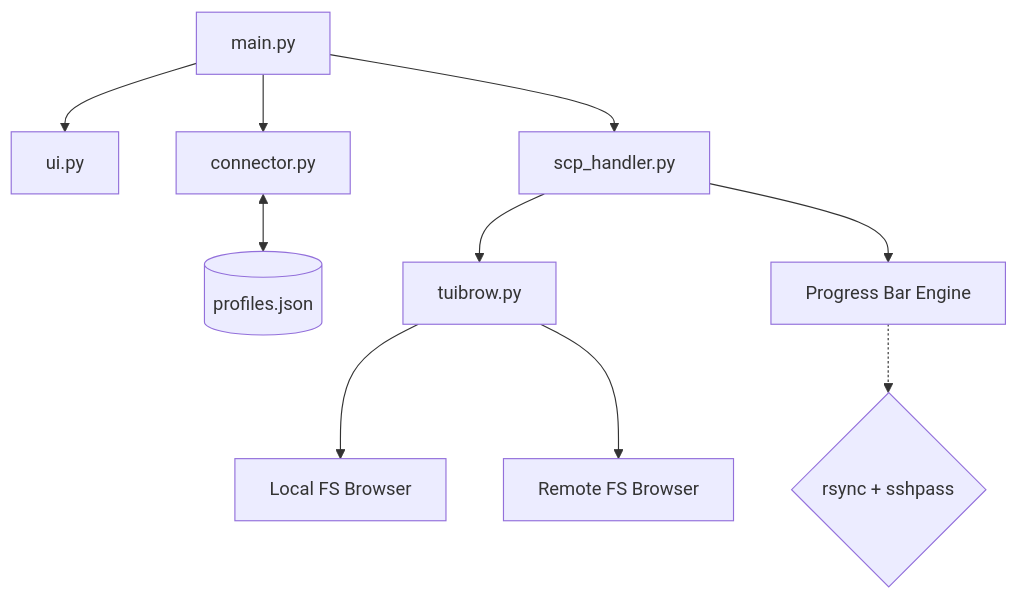
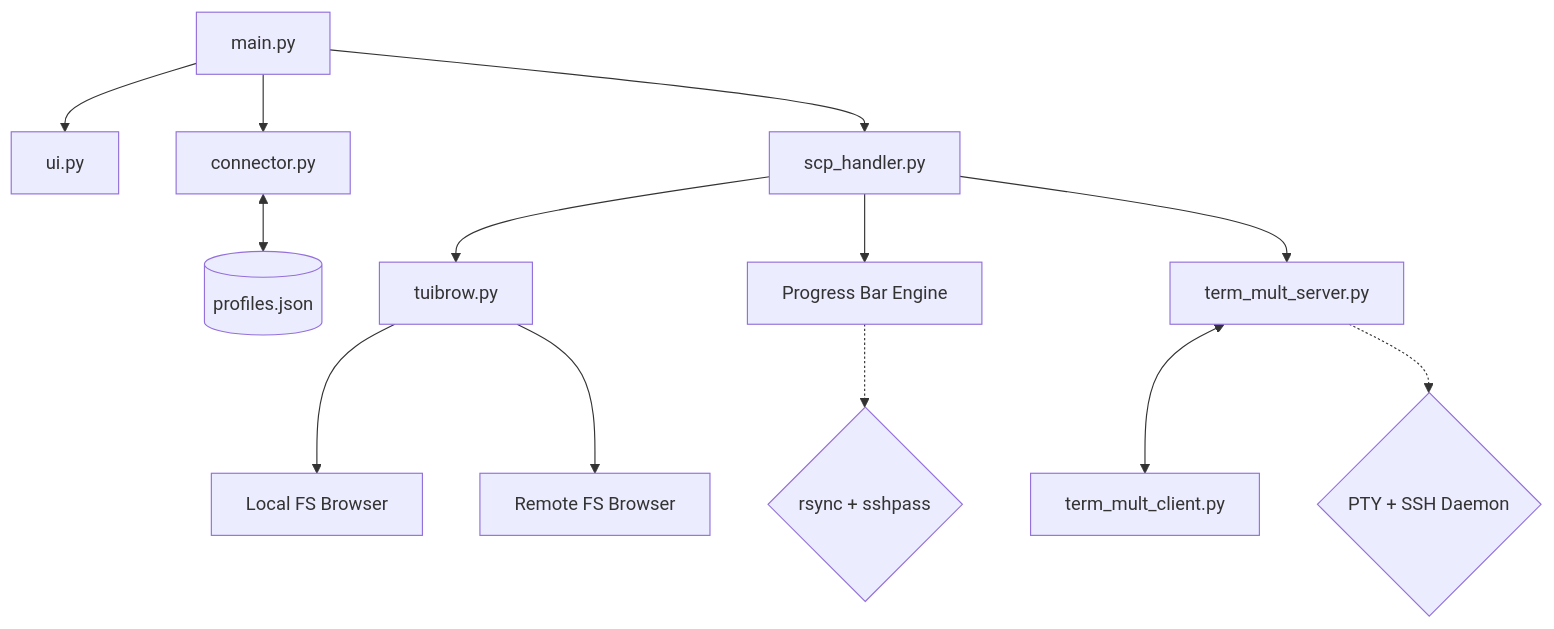
One commit to RydertHuGlIfE/velltui changed the diagram in README.md. Above: the diagram before and after it, drawn with Mermaid. The commit also changed other lines of this file, not shown here.

````diff
--- a/README.md
+++ b/README.md
@@ -17,12 +18,15 @@
 ```mermaid
 graph TD
     A[main.py] --> B[ui.py]
     A --> C[connector.py]
     A --> D[scp_handler.py]
     C <--> E[(profiles.json)]
     D --> F[tuibrow.py]
     D --> G[Progress Bar Engine]
-    F --> H[Local FS Browser]
-    F --> I[Remote FS Browser]
-    G -.-> J{rsync + sshpass}
+    D --> H[term_mult_server.py]
+    H <--> I[term_mult_client.py]
+    F --> J[Local FS Browser]
+    F --> K[Remote FS Browser]
+    G -.-> L{rsync + sshpass}
+    H -.-> M{PTY + SSH Daemon}
 ```
````
